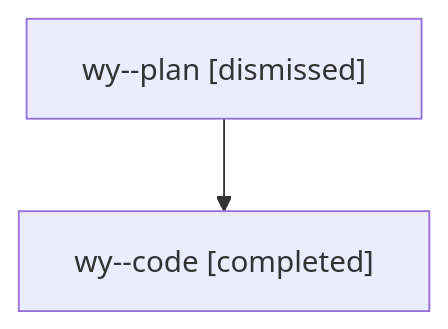
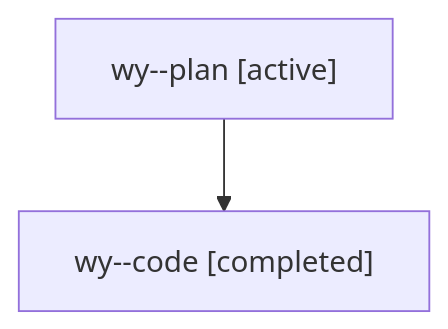
The diagram in families/bbugyi200.athena.wy.md (sase-org/sase--agents), drawn with Mermaid before and after one commit. The commit also changed other lines of this file and 35830 other files, not shown here.

````diff
--- a/families/bbugyi200.athena.wy.md
+++ b/families/bbugyi200.athena.wy.md
@@ -9,6 +9,6 @@
 ```mermaid
 flowchart TD
-  n0["wy--plan [dismissed]"]
+  n0["wy--plan [active]"]
   n1["wy--code [completed]"]
   n0 --> n1
 ```
````
